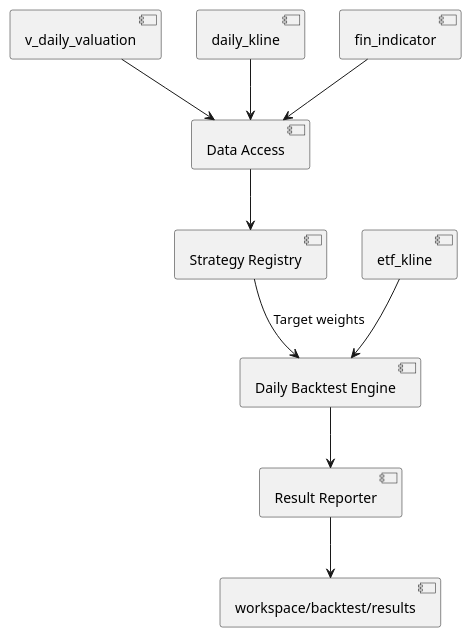
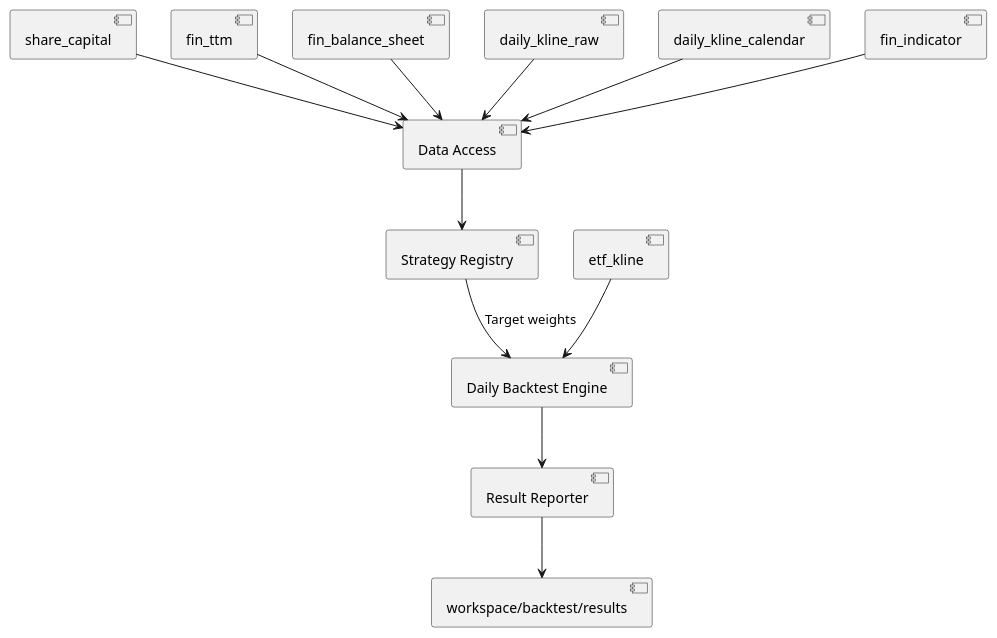
The diagram in docs/backtest.md (hrzzzrh/QuantPyLab), drawn with PlantUML before and after one commit. The commit also changed other lines of this file and 29 other files, not shown here.

````diff
--- a/docs/backtest.md
+++ b/docs/backtest.md
@@ -11,12 +11,15 @@
 ```plantuml
 @startuml
-[v_daily_valuation] --> [Data Access]
-[daily_kline] --> [Data Access]
+[share_capital] --> [Data Access]
+[fin_ttm] --> [Data Access]
+[fin_balance_sheet] --> [Data Access]
+[daily_kline_raw] --> [Data Access]
+[daily_kline_calendar] --> [Data Access]
 [fin_indicator] --> [Data Access]
 [etf_kline] --> [Daily Backtest Engine]
 [Data Access] --> [Strategy Registry]
 [Strategy Registry] --> [Daily Backtest Engine] : Target weights
 [Daily Backtest Engine] --> [Result Reporter]
 [Result Reporter] --> [workspace/backtest/results]
 @enduml
 ```
````
